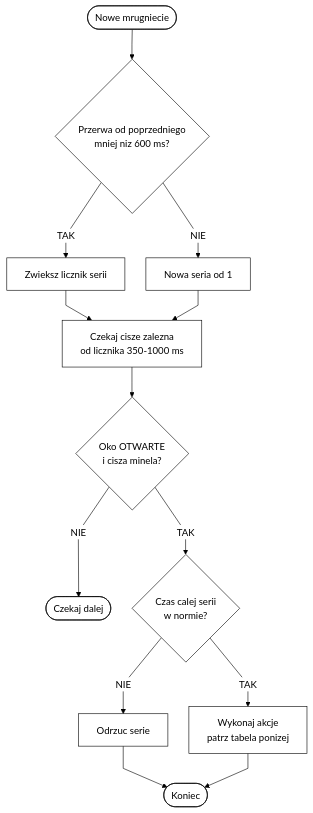
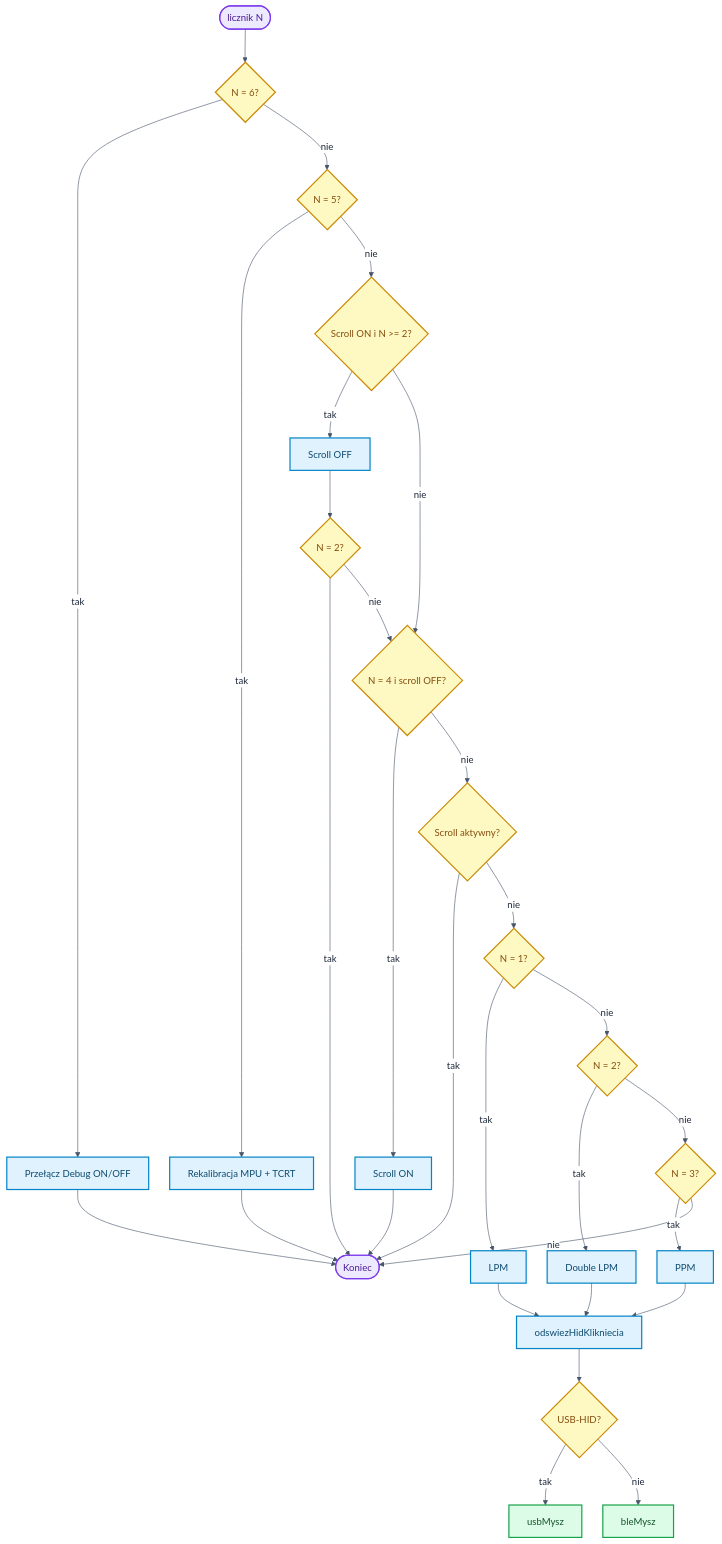
The ninth of 10 diagrams in README.md (bartkadres-ai/HEFAS-4.0), drawn with Mermaid before and after one commit. The commit also changed other lines of this file, not shown here.

````diff
--- a/README.md
+++ b/README.md
@@ -500,16 +599,46 @@
 ```mermaid
-%%{init: {'theme':'base','themeVariables':{'background':'#ffffff','mainBkg':'#ffffff','primaryColor':'#ffffff','primaryTextColor':'#000000','primaryBorderColor':'#000000','lineColor':'#000000','edgeLabelBackground':'#ffffff'},'flowchart':{'curve':'linear','nodeSpacing':35,'rankSpacing':50}}}%%
+%%{init: {'theme':'base','themeVariables':{'background':'#ffffff','mainBkg':'#ffffff','primaryColor':'#ffffff','primaryTextColor':'#1e293b','primaryBorderColor':'#64748b','lineColor':'#475569','edgeLabelBackground':'#ffffff'},'flowchart':{'curve':'basis','nodeSpacing':35,'rankSpacing':55}}}%%
 flowchart TD
-    A([Nowe mrugniecie]) --> B{Przerwa od poprzedniego<br/>mniej niz 600 ms?}
-    B -->|TAK| C[Zwieksz licznik serii]
-    B -->|NIE| D[Nowa seria od 1]
-    C --> E[Czekaj cisze zalezna<br/>od licznika 350-1000 ms]
-    D --> E
-    E --> F{Oko OTWARTE<br/>i cisza minela?}
-    F -->|NIE| Z([Czekaj dalej])
-    F -->|TAK| G{Czas calej serii<br/>w normie?}
-    G -->|NIE| H[Odrzuc serie]
-    G -->|TAK| I[Wykonaj akcje<br/>patrz tabela ponizej]
-    H --> Z2([Koniec])
-    I --> Z2
+    P([licznik N]) --> S6{N = 6?}
+    S6 -->|tak| DBG[Przełącz Debug ON/OFF]
+    S6 -->|nie| S5{N = 5?}
+    S5 -->|tak| K5[Rekalibracja MPU + TCRT]
+    S5 -->|nie| SCR{Scroll ON i N >= 2?}
+
+    SCR -->|tak| SOFF[Scroll OFF]
+    SOFF --> S2{N = 2?}
+    S2 -->|tak| PEND([Koniec])
+    S2 -->|nie| S4A
+
+    SCR -->|nie| S4A{N = 4 i scroll OFF?}
+    S4A -->|tak| SON[Scroll ON]
+    S4A -->|nie| SCRC{Scroll aktywny?}
+
+    SON --> PEND
+    SCRC -->|tak| PEND
+    SCRC -->|nie| N1{N = 1?}
+    N1 -->|tak| LPM[LPM]
+    N1 -->|nie| N2{N = 2?}
+    N2 -->|tak| DBL[Double LPM]
+    N2 -->|nie| N3{N = 3?}
+    N3 -->|tak| PPM[PPM]
+    N3 -->|nie| PEND
+
+    LPM --> Q[odswiezHidKlikniecia]
+    DBL --> Q
+    PPM --> Q
+    Q --> U{USB-HID?}
+    U -->|tak| USBM[usbMysz]
+    U -->|nie| BLEM[bleMysz]
+    DBG --> PEND
+    K5 --> PEND
+
+    classDef startEnd fill:#ede9fe,stroke:#7c3aed,stroke-width:2px,color:#4c1d95
+    classDef process fill:#e0f2fe,stroke:#0284c7,stroke-width:2px,color:#0c4a6e
+    classDef decision fill:#fef9c3,stroke:#ca8a04,stroke-width:2px,color:#854d0e
+    classDef io fill:#dcfce7,stroke:#16a34a,stroke-width:2px,color:#14532d
+    class P,PEND startEnd
+    class DBG,K5,SOFF,SON,LPM,DBL,PPM,Q process
+    class S6,S5,SCR,S2,S4A,SCRC,N1,N2,N3,U decision
+    class USBM,BLEM io
 ```
````
